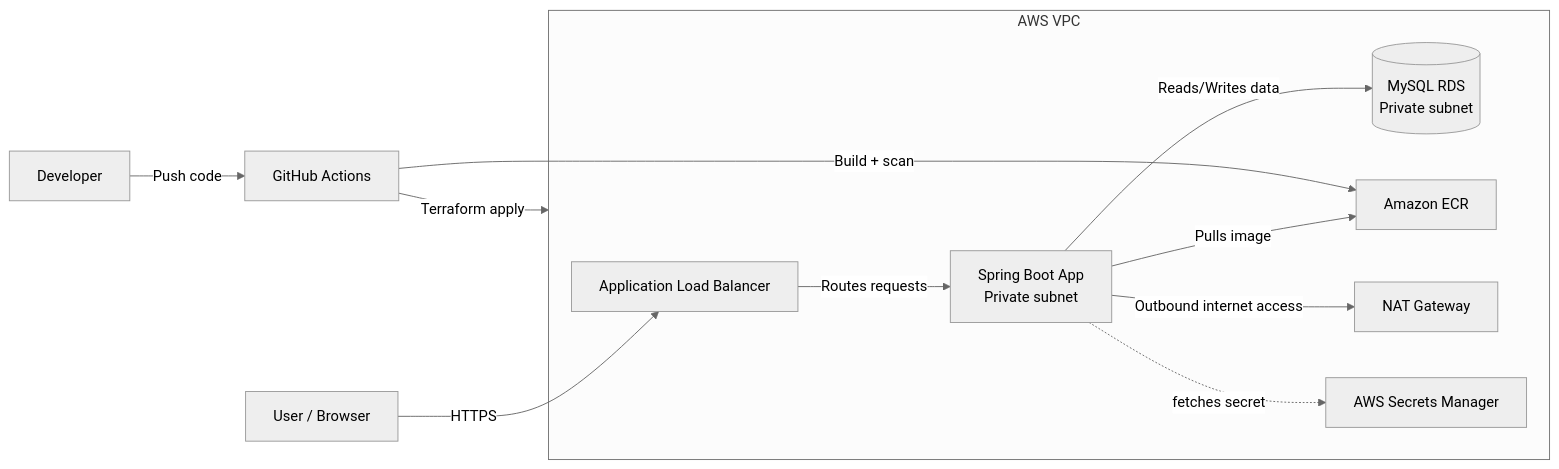
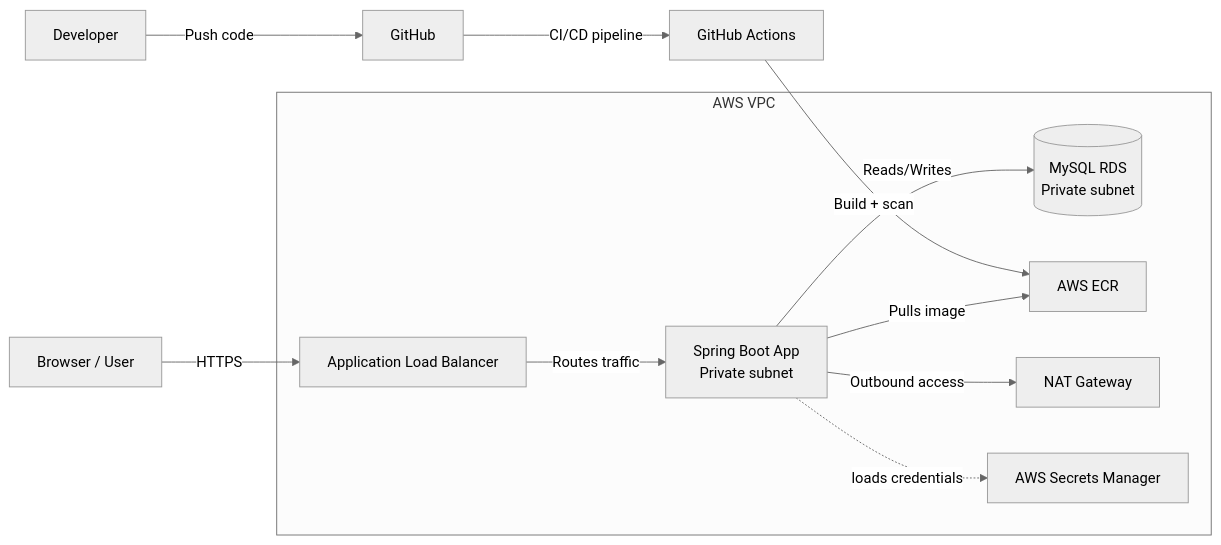
Before and after one commit to MasadiPradeepRao/java-aws-three-tier-platform: the first of 4 diagrams in README.md, drawn with Mermaid (neutral theme). The commit also changed other lines of this file, not shown here.

Commit message:
Polish the README and add a real GitHub-renderable architecture asset under docs/assets to fix the earlier image issue.

````diff
--- a/README.md
+++ b/README.md
@@ -42,16 +35,16 @@
 ```mermaid
 flowchart LR
-    User[User / Browser] -->|HTTPS| ALB[Application Load Balancer]
+    User[Browser / User] -->|HTTPS| ALB[Application Load Balancer]
 
     subgraph AWS[AWS VPC]
-        ALB -->|Routes requests| APP[Spring Boot App\nPrivate subnet]
-        APP -->|Reads/Writes data| DB[(MySQL RDS\nPrivate subnet)]
-        APP -->|Pulls image| ECR[Amazon ECR]
-        APP -->|Outbound internet access| NAT[NAT Gateway]
-        APP -. fetches secret .-> SM[AWS Secrets Manager]
+        ALB -->|Routes traffic| APP[Spring Boot App\nPrivate subnet]
+        APP -->|Reads/Writes| DB[(MySQL RDS\nPrivate subnet)]
+        APP -->|Pulls image| ECR[AWS ECR]
+        APP -->|Outbound access| NAT[NAT Gateway]
+        APP -. loads credentials .-> SM[AWS Secrets Manager]
     end
 
-    DEV[Developer] -->|Push code| GHA[GitHub Actions]
+    DEV[Developer] -->|Push code| GH[GitHub]
+    GH -->|CI/CD pipeline| GHA[GitHub Actions]
     GHA -->|Build + scan| ECR
-    GHA -->|Terraform apply| AWS
 ```
````
